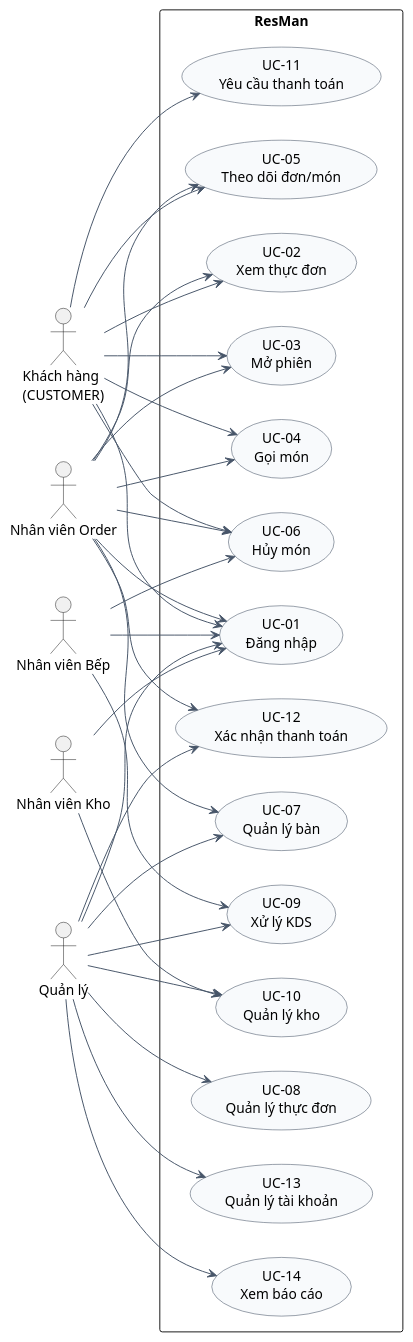
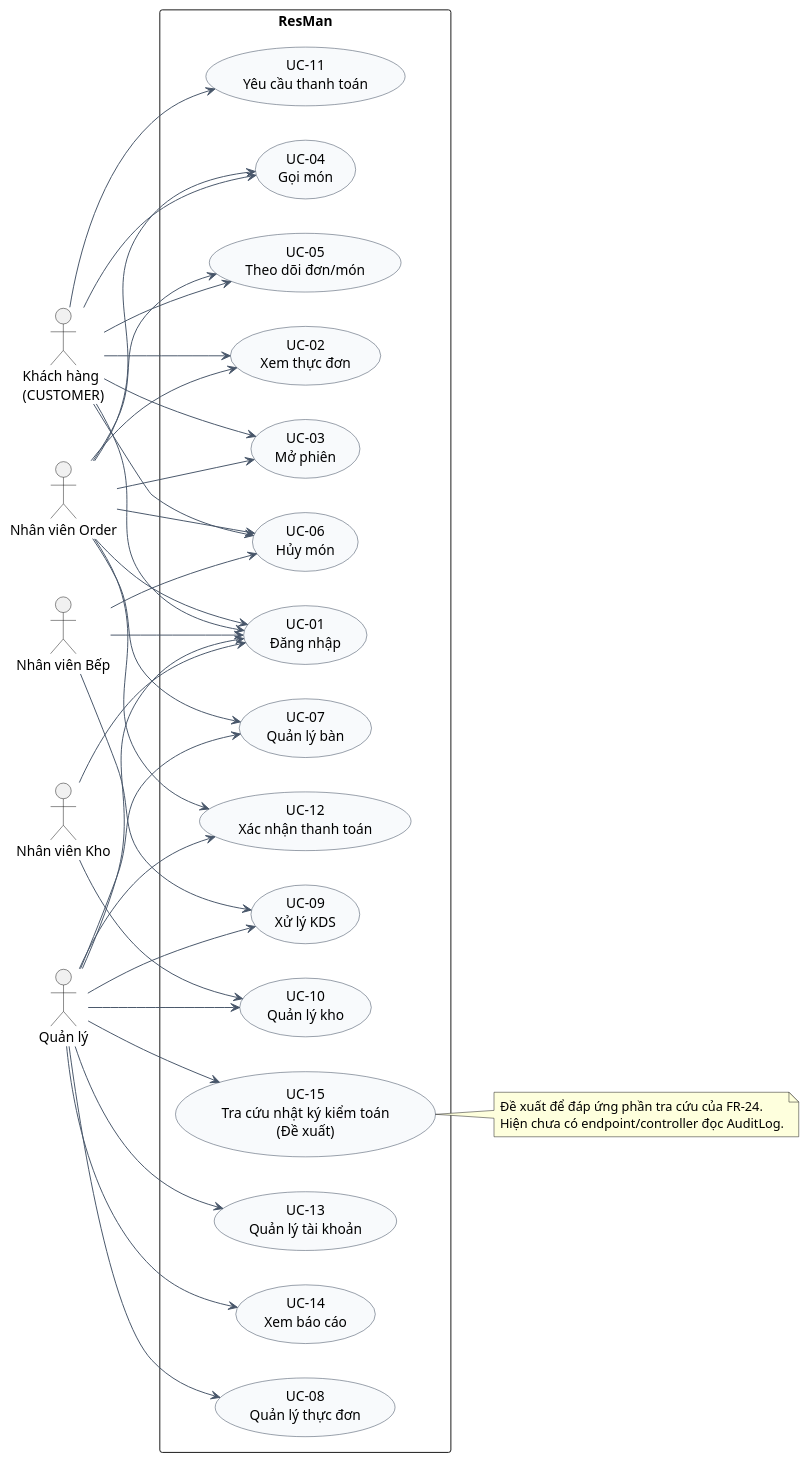
Before and after one commit to NTMHuy/ResMan: the diagram in docs/analysis/diagrams/use-cases.puml, drawn with PlantUML.

Commit message:
docs(diagrams): add proposed audit log use case UC-15

```diff
--- a/docs/analysis/diagrams/use-cases.puml
+++ b/docs/analysis/diagrams/use-cases.puml
@@ -1,58 +1,64 @@
 @startuml
 left to right direction
 skinparam packageStyle rectangle
 skinparam usecase {
   BackgroundColor #F8FAFC
   BorderColor #334155
   ArrowColor #475569
 }
 actor "Khách hàng\n(CUSTOMER)" as Customer
 actor "Nhân viên Order" as OrderStaff
 actor "Nhân viên Bếp" as Kitchen
 actor "Nhân viên Kho" as Inventory
 actor "Quản lý" as Manager
 rectangle "ResMan" {
   usecase "UC-01\nĐăng nhập" as UC01
   usecase "UC-02\nXem thực đơn" as UC02
   usecase "UC-03\nMở phiên" as UC03
   usecase "UC-04\nGọi món" as UC04
   usecase "UC-05\nTheo dõi đơn/món" as UC05
   usecase "UC-06\nHủy món" as UC06
   usecase "UC-07\nQuản lý bàn" as UC07
   usecase "UC-08\nQuản lý thực đơn" as UC08
   usecase "UC-09\nXử lý KDS" as UC09
   usecase "UC-10\nQuản lý kho" as UC10
   usecase "UC-11\nYêu cầu thanh toán" as UC11
   usecase "UC-12\nXác nhận thanh toán" as UC12
   usecase "UC-13\nQuản lý tài khoản" as UC13
   usecase "UC-14\nXem báo cáo" as UC14
+  usecase "UC-15\nTra cứu nhật ký kiểm toán\n(Đề xuất)" as UC15
 }
 Customer --> UC01
 Customer --> UC02
 Customer --> UC03
 Customer --> UC04
 Customer --> UC05
 Customer --> UC06
 Customer --> UC11
 OrderStaff --> UC01
 OrderStaff --> UC02
 OrderStaff --> UC03
 OrderStaff --> UC04
 OrderStaff --> UC05
 OrderStaff --> UC06
 OrderStaff --> UC07
 OrderStaff --> UC12
 Kitchen --> UC01
 Kitchen --> UC06
 Kitchen --> UC09
 Inventory --> UC01
 Inventory --> UC10
 Manager --> UC01
 Manager --> UC07
 Manager --> UC08
 Manager --> UC09
 Manager --> UC10
 Manager --> UC12
 Manager --> UC13
 Manager --> UC14
+Manager --> UC15
+note right of UC15
+  Đề xuất để đáp ứng phần tra cứu của FR-24.
+  Hiện chưa có endpoint/controller đọc AuditLog.
+end note
 @enduml
```
